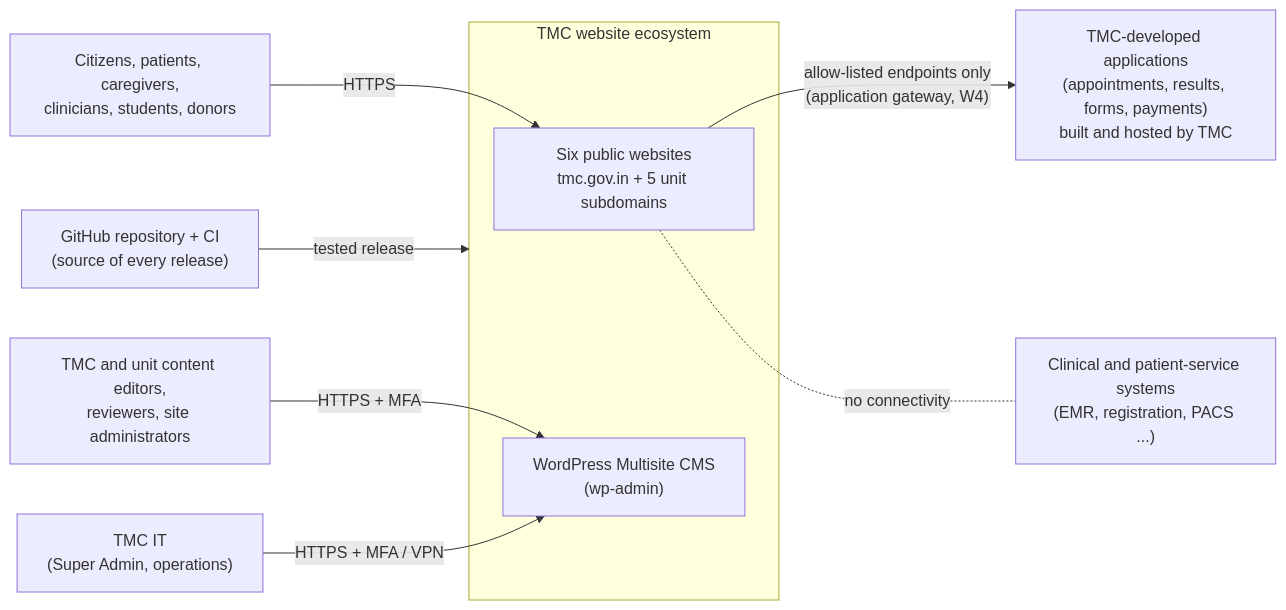
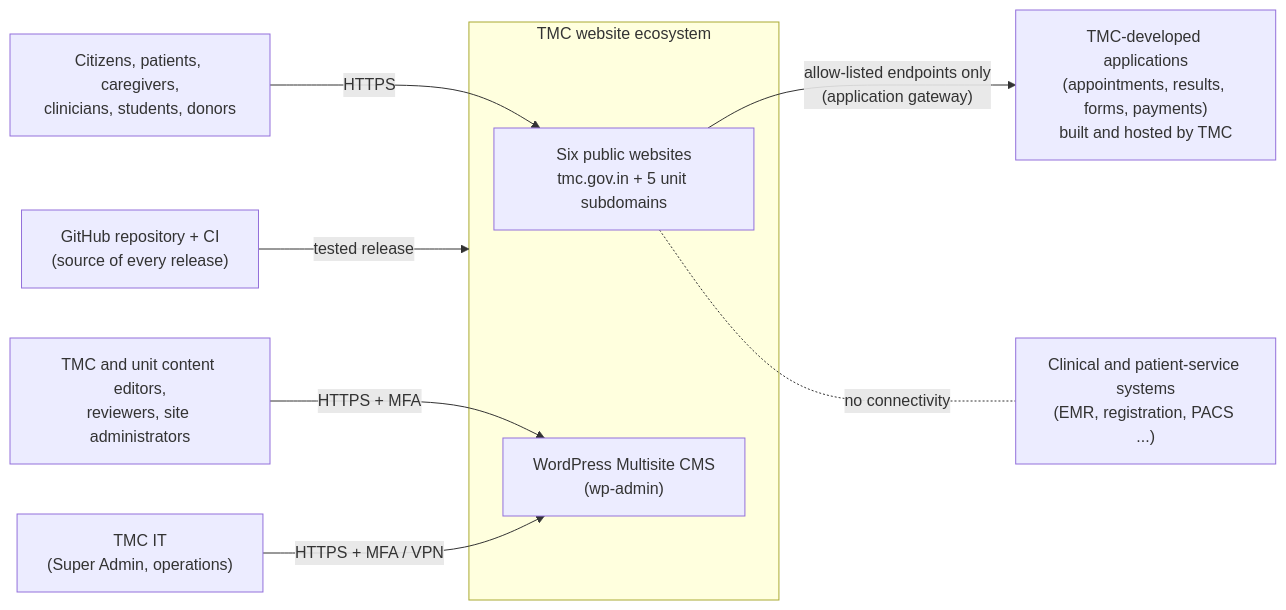
One commit to aryanpatel-ctrl/tmc-website changed the first of 6 diagrams in docs/architecture/system-architecture.md. Above: the diagram before and after it, drawn with Mermaid. The commit also changed other lines of this file and 55 other files, not shown here.

````diff
--- a/docs/architecture/system-architecture.md
+++ b/docs/architecture/system-architecture.md
@@ -42,20 +42,20 @@
 ```mermaid
 flowchart LR
     citizen["Citizens, patients, caregivers,<br/>clinicians, students, donors"]
     editors["TMC and unit content editors,<br/>reviewers, site administrators"]
     tmcit["TMC IT<br/>(Super Admin, operations)"]
     subgraph eco["TMC website ecosystem"]
         web["Six public websites<br/>tmc.gov.in + 5 unit subdomains"]
         cms["WordPress Multisite CMS<br/>(wp-admin)"]
     end
     apps["TMC-developed applications<br/>(appointments, results, forms, payments)<br/>built and hosted by TMC"]
     clinical["Clinical and patient-service systems<br/>(EMR, registration, PACS ...)"]
     gh["GitHub repository + CI<br/>(source of every release)"]
 
     citizen -- "HTTPS" --> web
     editors -- "HTTPS + MFA" --> cms
     tmcit -- "HTTPS + MFA / VPN" --> cms
-    web -- "allow-listed endpoints only<br/>(application gateway, W4)" --> apps
+    web -- "allow-listed endpoints only<br/>(application gateway)" --> apps
     gh -- "tested release" --> eco
     web -. "no connectivity" .- clinical
 ```
````
